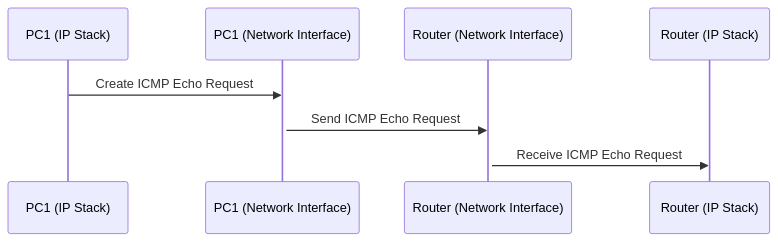
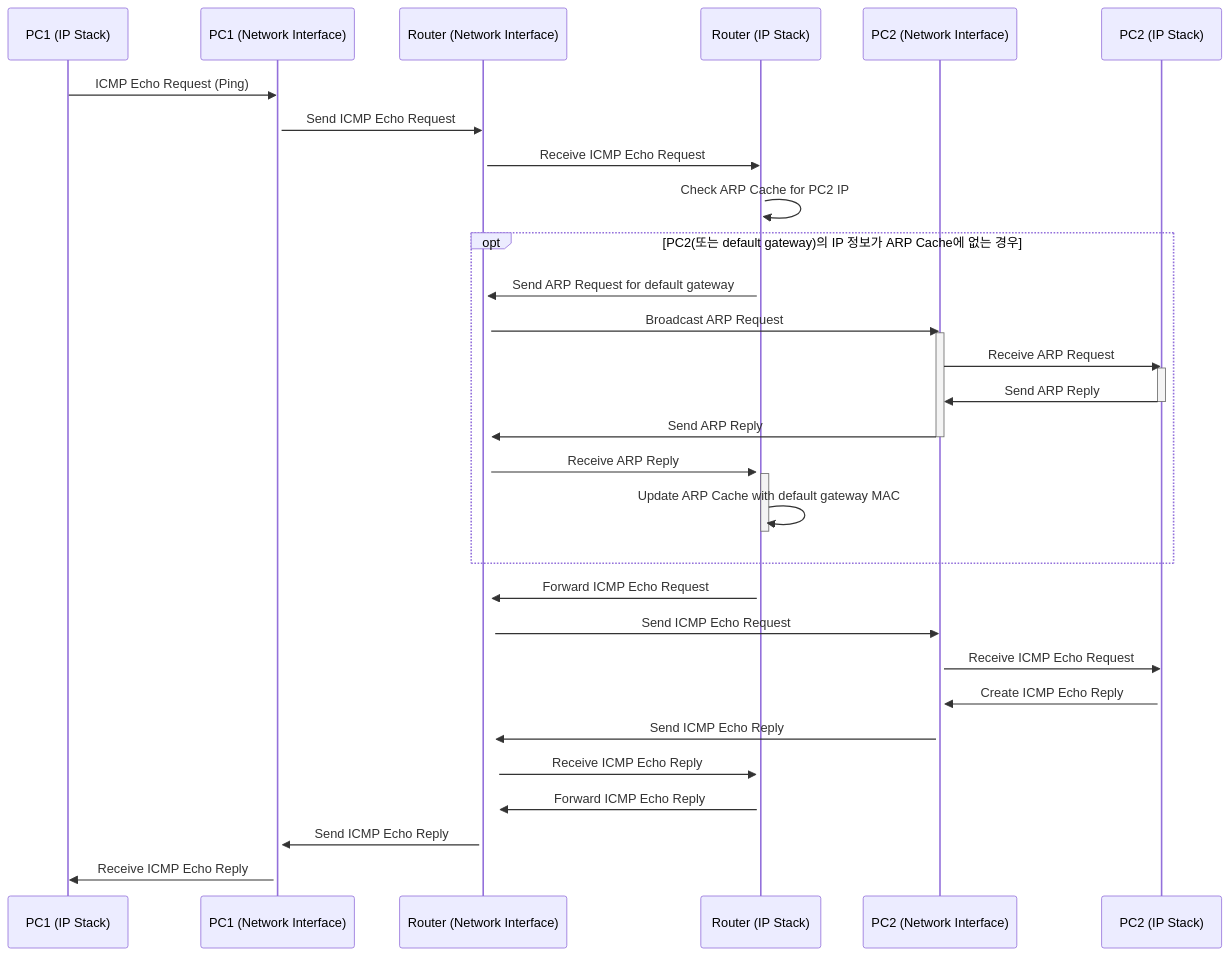
One commit to troymerai/2023CN_ARPWithMFC changed the second of 3 diagrams in static_router/README.md. Above: the diagram before and after it, drawn with Mermaid. The commit also changed other lines of this file, not shown here.

Commit message:
세부 시퀀스 다이어그램 통합

````diff
--- a/static_router/README.md
+++ b/static_router/README.md
@@ -46,14 +46,65 @@
 ```mermaid
 sequenceDiagram
     participant PC1 as PC1 (IP Stack)
     participant PC1NIC as PC1 (Network Interface)
     participant RouterNIC as Router (Network Interface)
     participant Router as Router (IP Stack)
+    participant PC2NIC as PC2 (Network Interface)
+    participant PC2 as PC2 (IP Stack)
 
-    PC1->>PC1NIC: Create ICMP Echo Request
+    PC1->>PC1NIC: ICMP Echo Request (Ping)
     activate PC1NIC
+    
     PC1NIC->>RouterNIC: Send ICMP Echo Request
     activate RouterNIC
+    
     RouterNIC->>Router: Receive ICMP Echo Request
     activate Router
+    
+    Router->>Router: Check ARP Cache for PC2 IP
+    opt PC2(또는 default gateway)의 IP 정보가 ARP Cache에 없는 경우
+        Router->>RouterNIC: Send ARP Request for default gateway
+        activate RouterNIC
+        
+        RouterNIC->>PC2NIC: Broadcast ARP Request
+        activate PC2NIC
+        
+        PC2NIC->>PC2: Receive ARP Request
+        activate PC2
+        
+        PC2->>PC2NIC: Send ARP Reply
+        deactivate PC2
+        
+        PC2NIC->>RouterNIC: Send ARP Reply
+        deactivate PC2NIC
+        
+        RouterNIC->>Router: Receive ARP Reply
+        activate Router
+        
+        Router->>Router: Update ARP Cache with default gateway MAC
+        deactivate Router
+    end
+    
+    Router->>RouterNIC: Forward ICMP Echo Request
+    activate RouterNIC
+    
+    RouterNIC->>PC2NIC: Send ICMP Echo Request
+    activate PC2NIC
+    
+    PC2NIC->>PC2: Receive ICMP Echo Request
+    activate PC2
+
+    PC2->>PC2NIC: Create ICMP Echo Reply
+    activate PC2NIC
+    PC2NIC->>RouterNIC: Send ICMP Echo Reply
+    activate RouterNIC
+    RouterNIC->>Router: Receive ICMP Echo Reply
+    activate Router
+
+    Router->>RouterNIC: Forward ICMP Echo Reply
+    activate RouterNIC
+    RouterNIC->>PC1NIC: Send ICMP Echo Reply
+    activate PC1NIC
+    PC1NIC->>PC1: Receive ICMP Echo Reply
+    activate PC1
 ```
````
